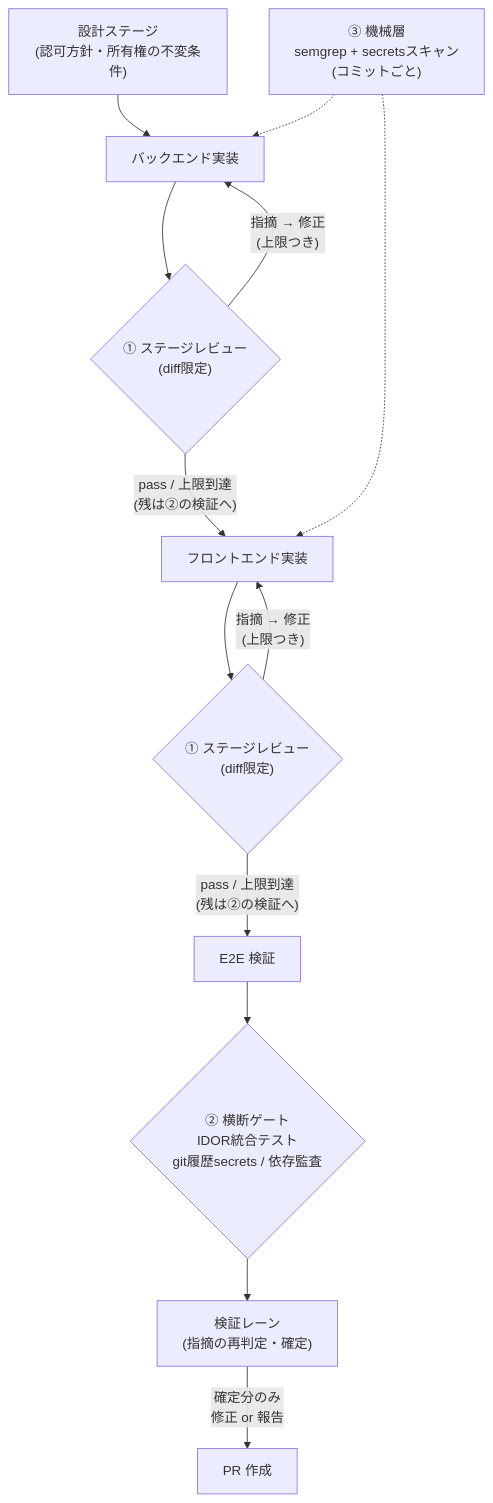
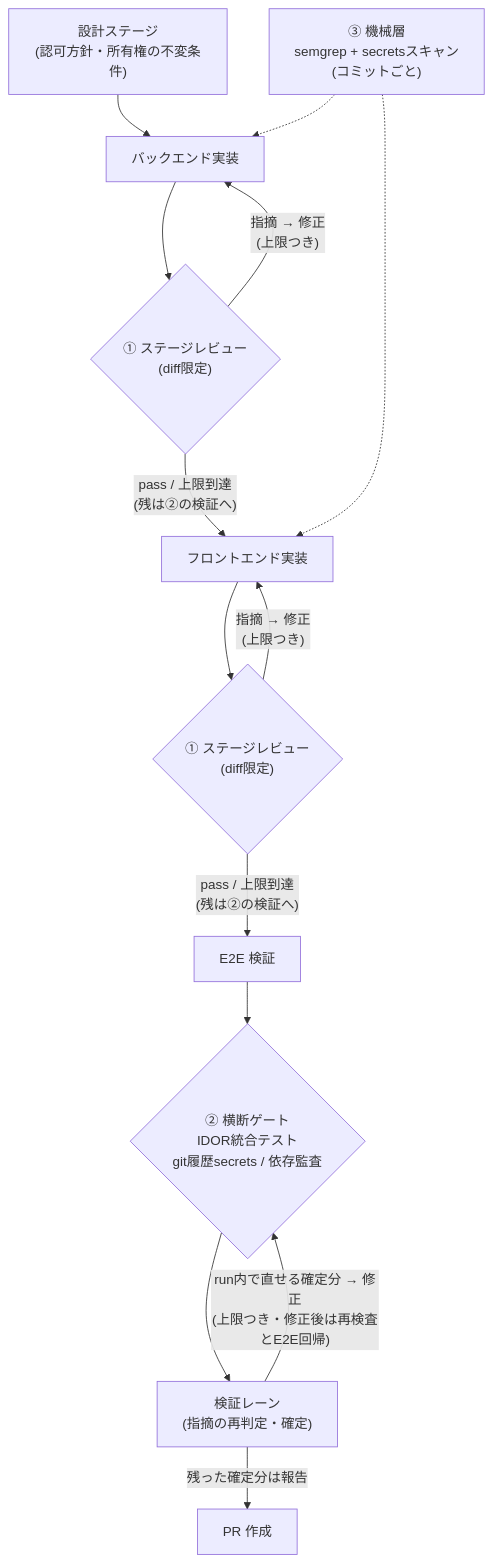
One commit to t-mizumoto1203/zenn-tech-blog changed the diagram in articles/20260724-d13745952c41e2.md. Above: the diagram before and after it, drawn with Mermaid. The commit also changed other lines of this file, not shown here.

Commit message:
②横断ゲートの修正ループを図と本文に明示（検証レーン→修正→再検査、直せないものは即エスカレーション）

````diff
--- a/articles/20260724-d13745952c41e2.md
+++ b/articles/20260724-d13745952c41e2.md
@@ -97,15 +97,16 @@
 ```mermaid
 flowchart TD
     D["設計ステージ<br>(認可方針・所有権の不変条件)"] --> B["バックエンド実装"]
     B --> BR{"① ステージレビュー<br>(diff限定)"}
     BR -->|"指摘 → 修正<br>(上限つき)"| B
     BR -->|"pass / 上限到達<br>(残は②の検証へ)"| F["フロントエンド実装"]
     F --> FR{"① ステージレビュー<br>(diff限定)"}
     FR -->|"指摘 → 修正<br>(上限つき)"| F
     FR -->|"pass / 上限到達<br>(残は②の検証へ)"| E["E2E 検証"]
     E --> G{"② 横断ゲート<br>IDOR統合テスト<br>git履歴secrets / 依存監査"}
     G --> V["検証レーン<br>(指摘の再判定・確定)"]
-    V -->|"確定分のみ<br>修正 or 報告"| P["PR 作成"]
+    V -->|"run内で直せる確定分 → 修正<br>(上限つき・修正後は再検査とE2E回帰)"| G
+    V -->|"残った確定分は報告"| P["PR 作成"]
     M["③ 機械層<br>semgrep + secretsスキャン<br>(コミットごと)"] -.-> B
     M -.-> F
 ```
````
